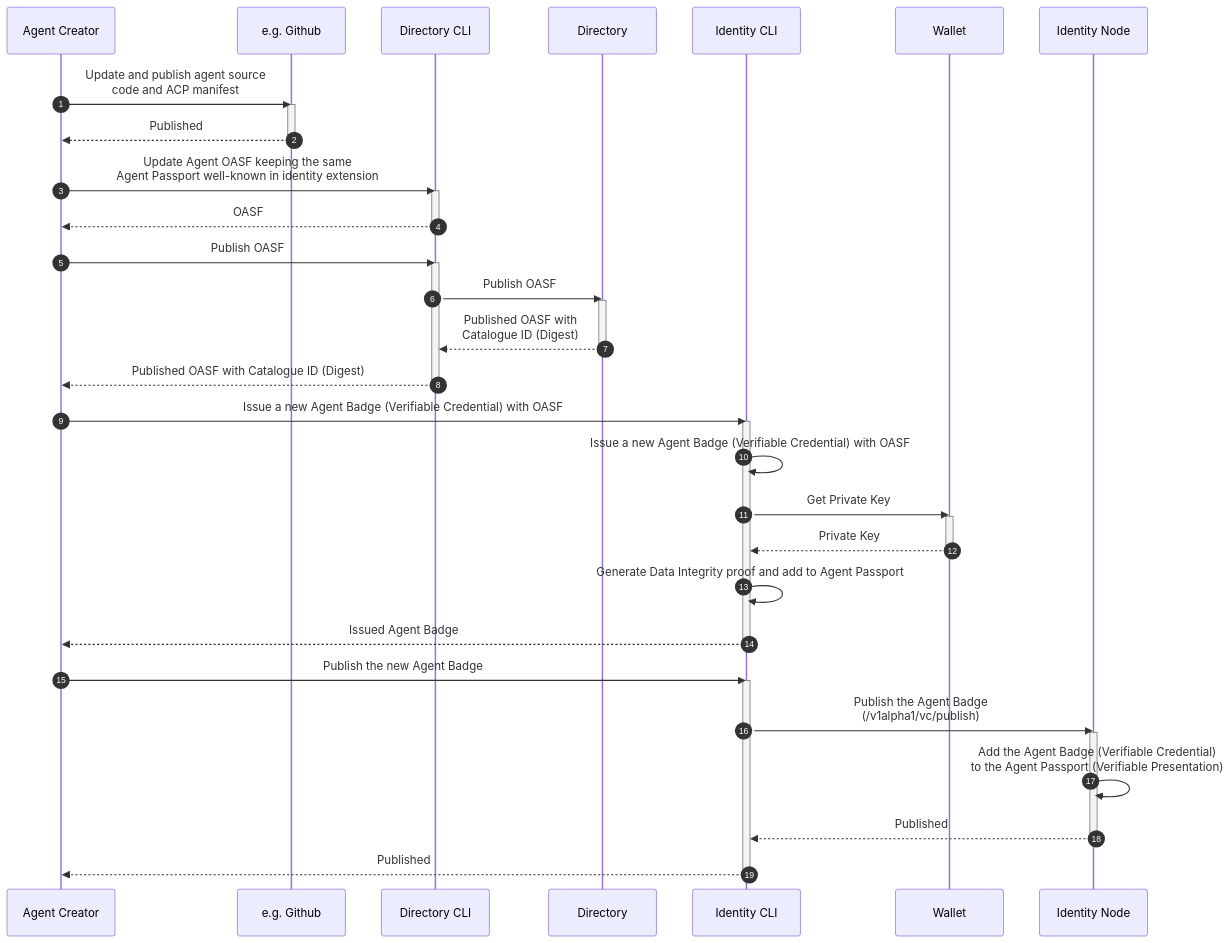
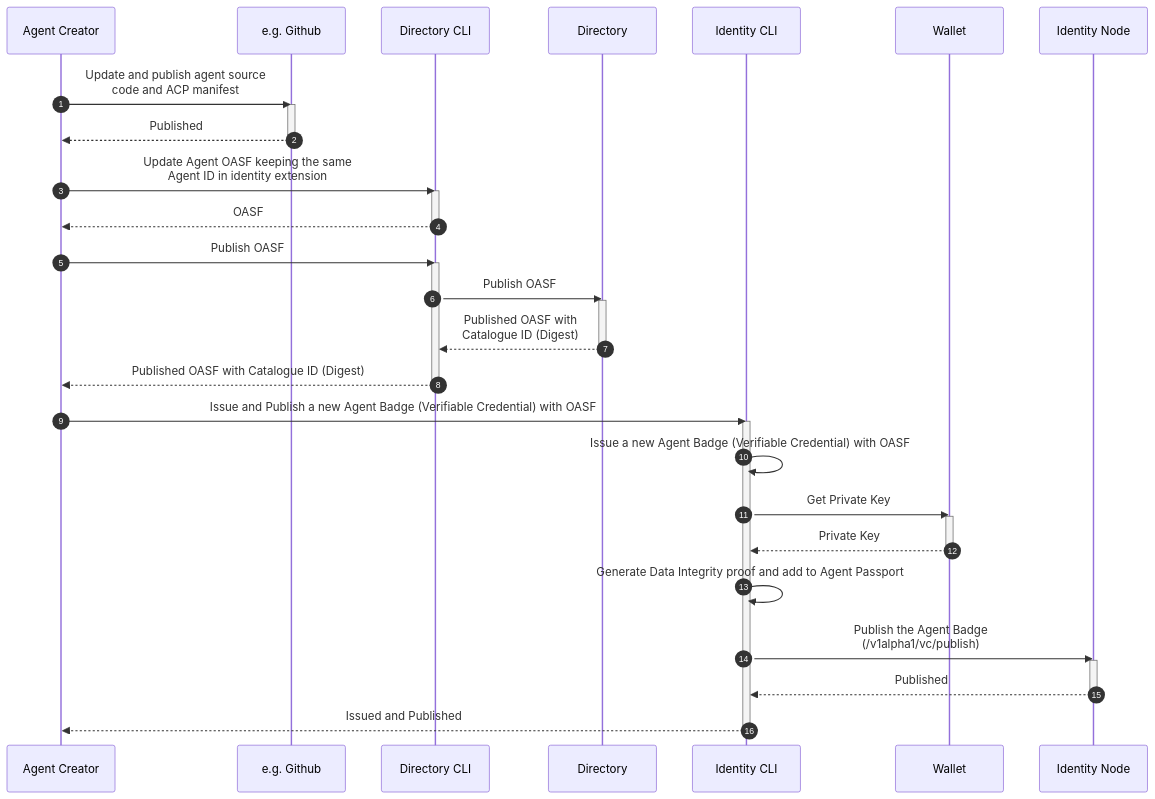
The second of 4 diagrams in docs-src/docs/specs/flows/agntcy_advanced.md (agntcy/identity-spec), drawn with Mermaid before and after one commit. The commit also changed other lines of this file, not shown here.

Commit message:
fix: remove agent passport

````diff
--- a/docs-src/docs/specs/flows/agntcy_advanced.md
+++ b/docs-src/docs/specs/flows/agntcy_advanced.md
@@ -79,49 +66,38 @@
 ```mermaid
 sequenceDiagram
 autonumber
 
-% Update an existing agent
 Agent Creator->>e.g. Github: Update and publish agent source<br/>code and ACP manifest
 activate e.g. Github
 e.g. Github-->>Agent Creator: Published
 deactivate e.g. Github
 
-% Update the agent's OASF
-Agent Creator->>Directory CLI: Update Agent OASF keeping the same<br/>Agent Passport well-known in identity extension
+Agent Creator->>Directory CLI: Update Agent OASF keeping the same<br/>Agent ID in identity extension
 activate Directory CLI
 Directory CLI-->>Agent Creator: OASF
 deactivate Directory CLI
 
-% Publish agent OASF
 Agent Creator->>Directory CLI: Publish OASF
 activate Directory CLI
 Directory CLI->>Directory: Publish OASF
 activate Directory
 Directory-->>Directory CLI: Published OASF with<br/>Catalogue ID (Digest)
 deactivate Directory
 Directory CLI-->>Agent Creator: Published OASF with Catalogue ID (Digest)
 deactivate Directory CLI
 
-% Create a new Verifiable Credential linking agent ID + OASF
-Agent Creator->>Identity CLI: Issue a new Agent Badge (Verifiable Credential) with OASF
+Agent Creator->>Identity CLI: Issue and Publish a new Agent Badge (Verifiable Credential) with OASF
 activate Identity CLI
 Identity CLI->>Identity CLI: Issue a new Agent Badge (Verifiable Credential) with OASF
 Identity CLI->>Wallet: Get Private Key
 activate Wallet
 Wallet-->>Identity CLI: Private Key
 deactivate Wallet
 Identity CLI->>Identity CLI: Generate Data Integrity proof and add to Agent Passport
-Identity CLI-->>Agent Creator: Issued Agent Badge
-deactivate Identity CLI
-
-% Publish the Verifiable Credential
-Agent Creator->>Identity CLI: Publish the new Agent Badge
-activate Identity CLI
 Identity CLI->>Identity Node: Publish the Agent Badge<br/>(/v1alpha1/vc/publish)
 activate Identity Node
-Identity Node->>Identity Node: Add the Agent Badge (Verifiable Credential)<br/>to the Agent Passport (Verifiable Presentation)
 Identity Node-->>Identity CLI: Published
 deactivate Identity Node
-Identity CLI-->>Agent Creator: Published
+Identity CLI-->>Agent Creator: Issued and Published
 deactivate Identity CLI
 ```
````
